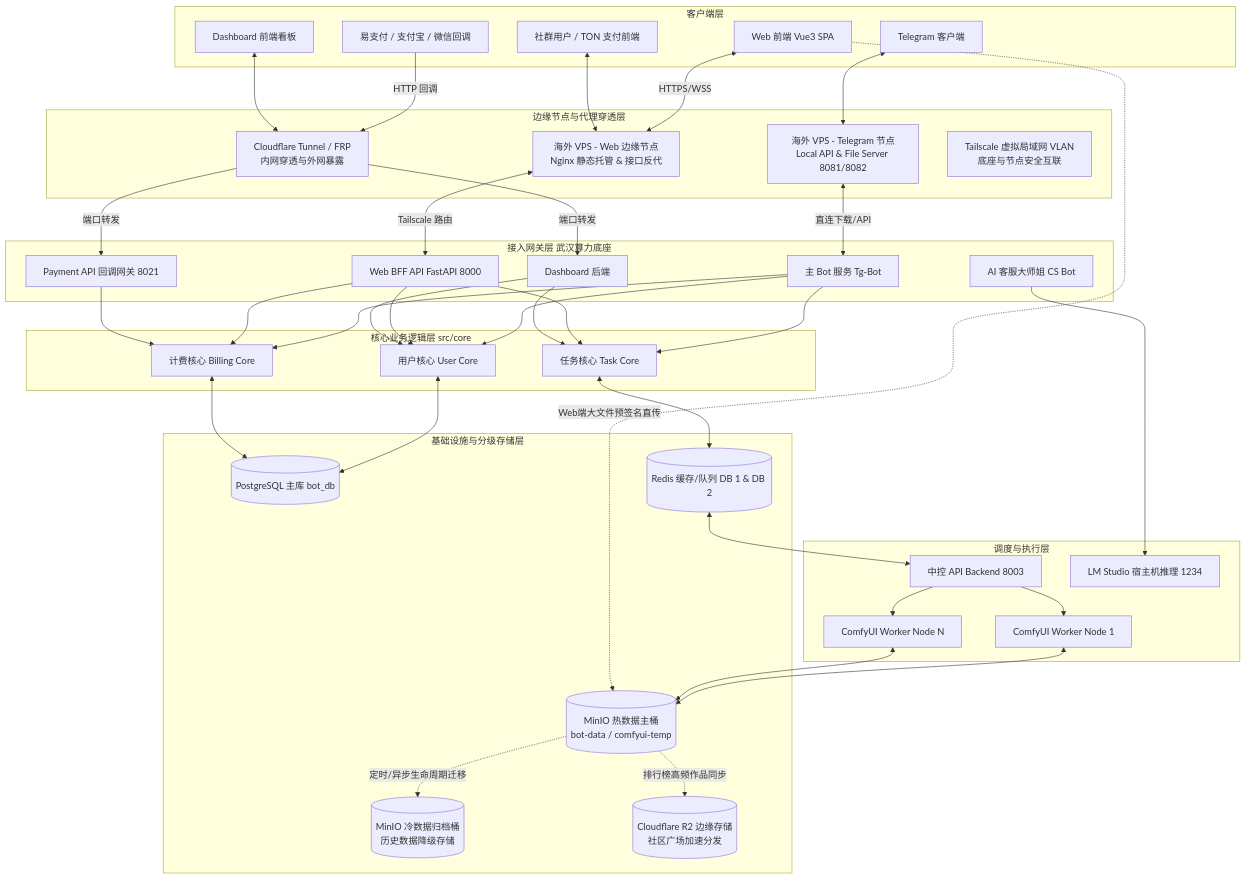
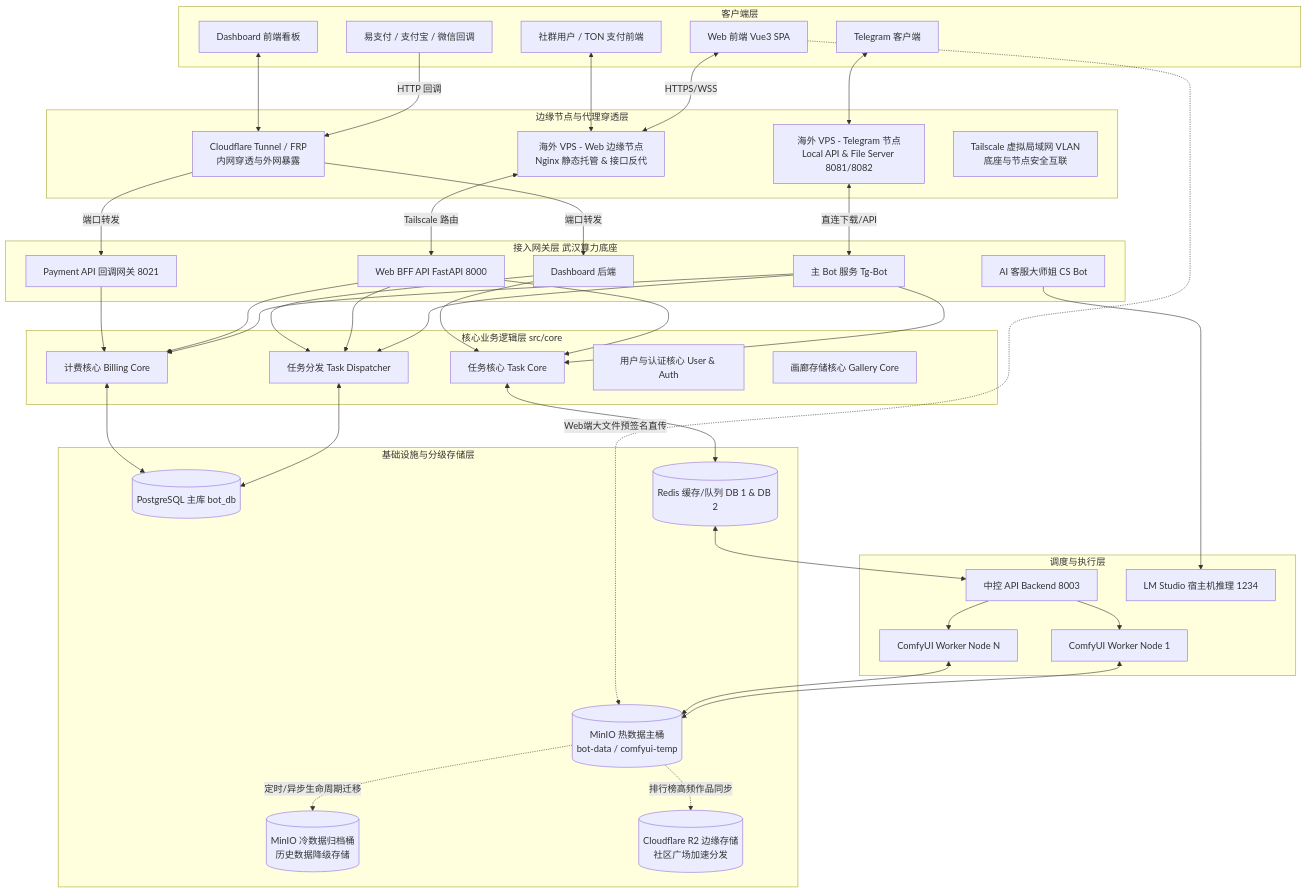
The first of 3 diagrams in docs/system_architecture_report.md (giraffu/All_bot), drawn with Mermaid before and after one commit. The commit also changed 16 other files, not shown here.

````diff
--- a/docs/system_architecture_report.md
+++ b/docs/system_architecture_report.md
@@ -18,78 +18,80 @@
 ```mermaid
 graph TD
     subgraph 客户端层
         A1[Telegram 客户端]
         A2[Web 前端 Vue3 SPA]
         A3[Dashboard 前端看板]
         A4[社群用户 / TON 支付前端]
         A5[易支付 / 支付宝 / 微信回调]
     end
 
     subgraph 边缘节点与代理穿透层
         V1[海外 VPS - Web 边缘节点<br>Nginx 静态托管 & 接口反代]
         V2[海外 VPS - Telegram 节点<br>Local API & File Server 8081/8082]
         T1[Cloudflare Tunnel / FRP<br>内网穿透与外网暴露]
         T2[Tailscale 虚拟局域网 VLAN<br>底座与节点安全互联]
     end
 
     subgraph 接入网关层 武汉算力底座
         B1[主 Bot 服务 Tg-Bot]
         B2[Web BFF API FastAPI 8000]
         B3[Dashboard 后端]
         B4[Payment API 回调网关 8021]
         B5[AI 客服大师姐 CS Bot]
     end
 
     subgraph 核心业务逻辑层 src/core
         C1[任务核心 Task Core]
-        C2[用户核心 User Core]
+        C2[任务分发 Task Dispatcher]
         C3[计费核心 Billing Core]
+        C4[用户与认证核心 User & Auth]
+        C5[画廊存储核心 Gallery Core]
     end
 
     subgraph 调度与执行层
         D1[中控 API Backend 8003]
         D2[ComfyUI Worker Node 1]
         D3[ComfyUI Worker Node N]
         D4[LM Studio 宿主机推理 1234]
     end
 
     subgraph 基础设施与分级存储层
         E1[(PostgreSQL 主库 bot_db)]
         E2[(Redis 缓存/队列 DB 1 & DB 2)]
         E3[(MinIO 热数据主桶<br>bot-data / comfyui-temp)]
         E4[(MinIO 冷数据归档桶<br>历史数据降级存储)]
         E5[(Cloudflare R2 边缘存储<br>社区广场加速分发)]
     end
 
     %% 客户端到边缘层连接
     A1 <--> V2
     A2 <-->|HTTPS/WSS| V1
     A4 <--> V1
     A5 -->|HTTP 回调| T1
     A3 <--> T1
 
     %% 边缘层到底座网关连接 (通过 VLAN / FRP)
     V1 <-->|Tailscale 路由| B2
     V2 <-->|直连下载/API| B1
     T1 -->|端口转发| B4 & B3
 
     %% 网关层到核心业务层
     B1 --> C1 & C2 & C3
     B2 --> C1 & C2 & C3
     B3 --> C1 & C2
     B4 --> C3
     B5 --> D4
     
     %% 核心业务到基础设施
     C1 <--> E2
     C2 <--> E1
     C3 <--> E1
     
     %% 调度执行与存储流转
     E2 <--> D1
     D1 --> D2 & D3
     D2 & D3 <--> E3
     E3 -.->|定时/异步生命周期迁移| E4
     E3 -.->|排行榜高频作品同步| E5
     A2 -.->|Web端大文件预签名直传| E3
 ```
````
